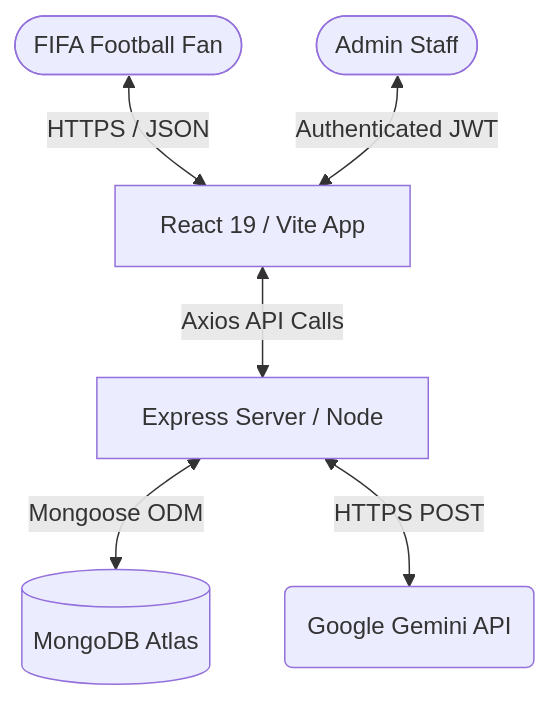
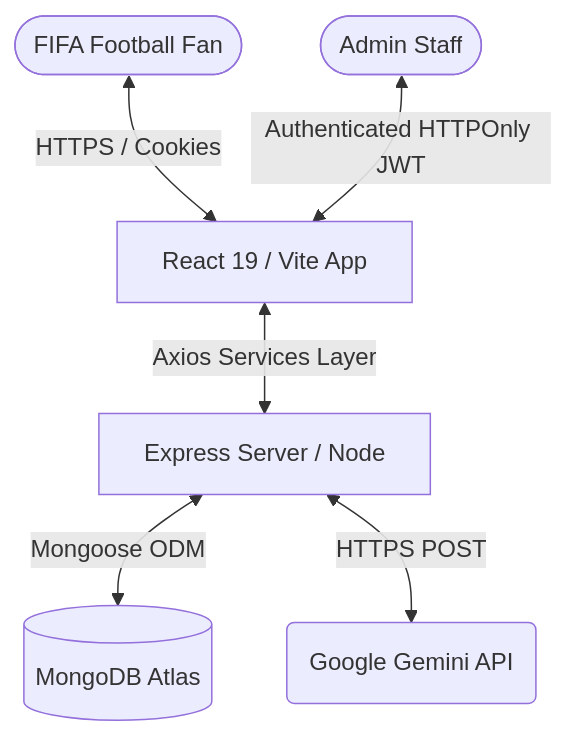
The first of 3 diagrams in README.md (sumant11112004/Smart-Stadiums-Tournament-Operations), drawn with Mermaid before and after one commit. The commit also changed other lines of this file and 35 other files, not shown here.

````diff
--- a/README.md
+++ b/README.md
@@ -21,8 +23,8 @@
 ```mermaid
 graph TD
-  Fan([FIFA Football Fan]) <-->|HTTPS / JSON| FE[React 19 / Vite App]
-  Admin([Admin Staff]) <-->|Authenticated JWT| FE
-  FE <-->|Axios API Calls| BE[Express Server / Node]
+  Fan([FIFA Football Fan]) <-->|HTTPS / Cookies| FE[React 19 / Vite App]
+  Admin([Admin Staff]) <-->|Authenticated HTTPOnly JWT| FE
+  FE <-->|Axios Services Layer| BE[Express Server / Node]
   BE <-->|Mongoose ODM| DB[(MongoDB Atlas)]
   BE <-->|HTTPS POST| Gemini(Google Gemini API)
 ```
````
